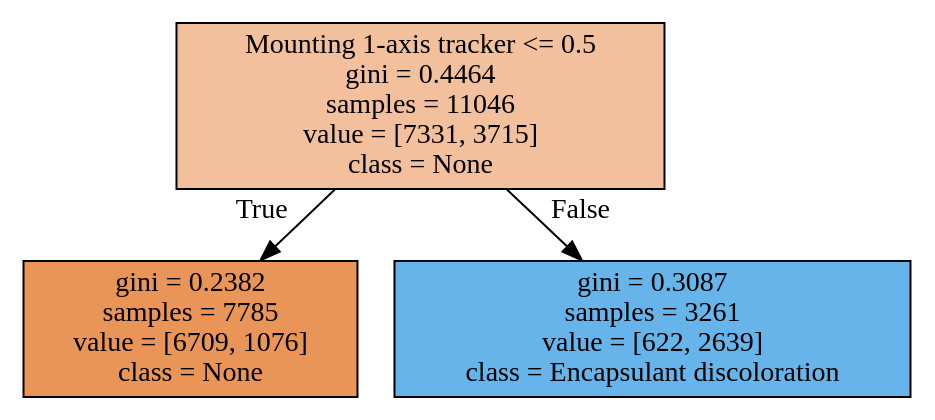
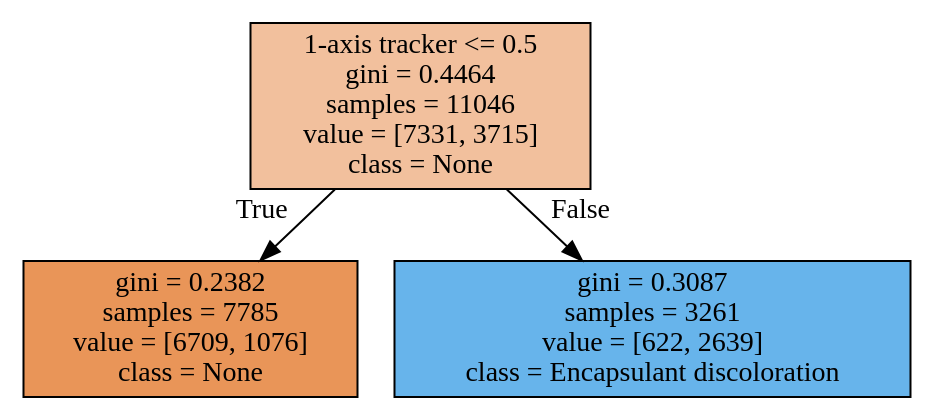
The diagram in degradation_modes/output/Cause Encapsulant discoloration.dot (hackingmaterials/duramat), drawn with Graphviz before and after one commit. The commit also changed 22 other files, not shown here.

```diff
--- a/degradation_modes/output/Cause Encapsulant discoloration.dot
+++ b/degradation_modes/output/Cause Encapsulant discoloration.dot
@@ -1,8 +1,8 @@
 digraph Tree {
 node [shape=box, style="filled", color="black"] ;
-0 [label="Mounting 1-axis tracker <= 0.5\ngini = 0.4464\nsamples = 11046\nvalue = [7331, 3715]\nclass = None", fillcolor="#e581397e"] ;
+0 [label="1-axis tracker <= 0.5\ngini = 0.4464\nsamples = 11046\nvalue = [7331, 3715]\nclass = None", fillcolor="#e581397e"] ;
 1 [label="gini = 0.2382\nsamples = 7785\nvalue = [6709, 1076]\nclass = None", fillcolor="#e58139d6"] ;
 0 -> 1 [labeldistance=2.5, labelangle=45, headlabel="True"] ;
 2 [label="gini = 0.3087\nsamples = 3261\nvalue = [622, 2639]\nclass = Encapsulant discoloration", fillcolor="#399de5c3"] ;
 0 -> 2 [labeldistance=2.5, labelangle=-45, headlabel="False"] ;
 }
```
